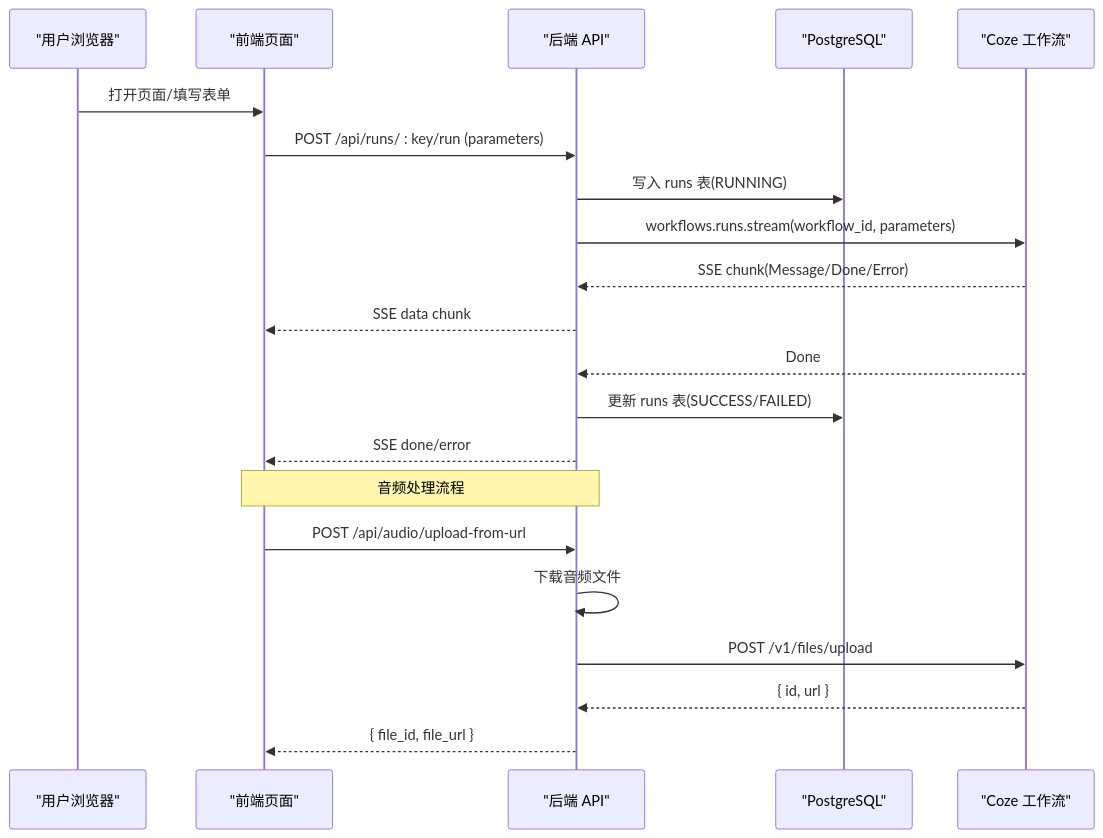
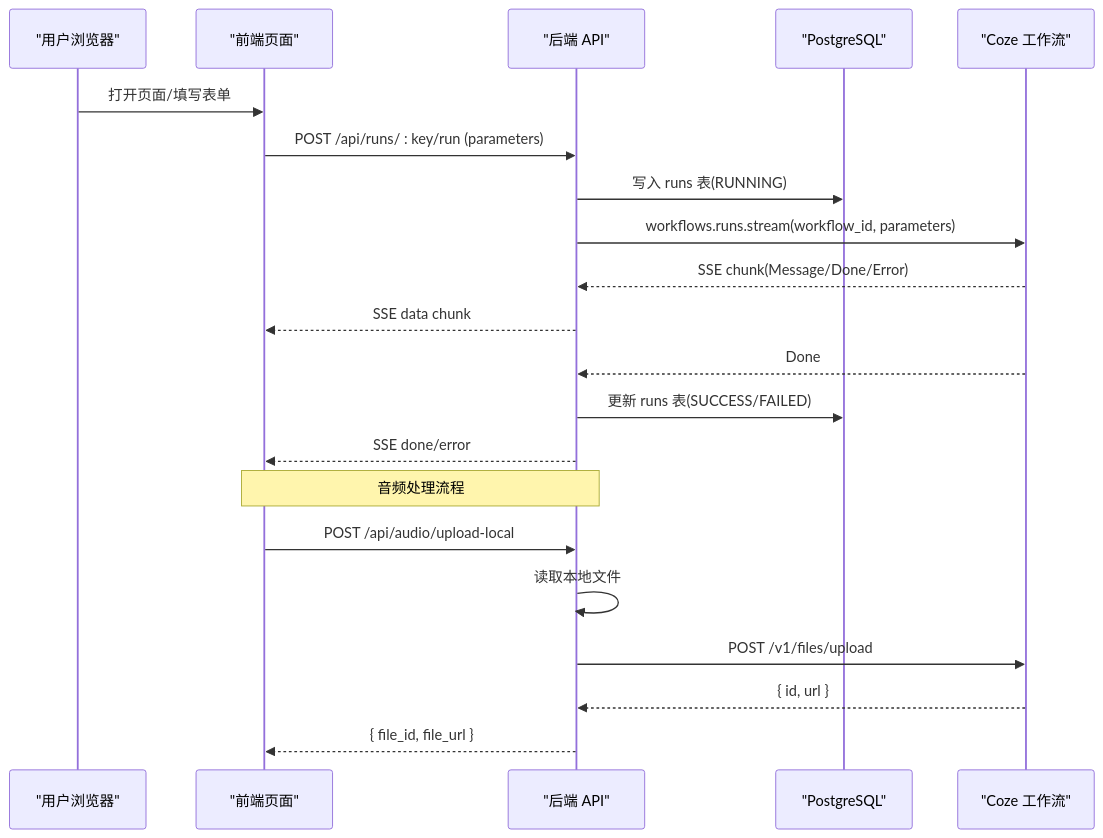
Before and after one commit to hanksd769-droid/sailshub: the second of 11 diagrams in .qoder/repowiki/zh/content/多模态工作流模块/多模态工作流模块.md, drawn with Mermaid. The commit also changed other lines of this file and 3 other files, not shown here.

````diff
--- a/.qoder/repowiki/zh/content/多模态工作流模块/多模态工作流模块.md
+++ b/.qoder/repowiki/zh/content/多模态工作流模块/多模态工作流模块.md
@@ -168,23 +170,23 @@
 ```mermaid
 sequenceDiagram
 participant U as "用户浏览器"
 participant FE as "前端页面"
 participant API as "后端 API"
 participant DB as "PostgreSQL"
 participant COZE as "Coze 工作流"
 U->>FE : 打开页面/填写表单
 FE->>API : POST /api/runs/ : key/run (parameters)
 API->>DB : 写入 runs 表(RUNNING)
 API->>COZE : workflows.runs.stream(workflow_id, parameters)
 COZE-->>API : SSE chunk(Message/Done/Error)
 API-->>FE : SSE data chunk
 COZE-->>API : Done
 API->>DB : 更新 runs 表(SUCCESS/FAILED)
 API-->>FE : SSE done/error
 Note over FE,API : 音频处理流程
-FE->>API : POST /api/audio/upload-from-url
-API->>API : 下载音频文件
+FE->>API : POST /api/audio/upload-local
+API->>API : 读取本地文件
 API->>COZE : POST /v1/files/upload
 COZE-->>API : { id, url }
 API-->>FE : { file_id, file_url }
 ```
````
